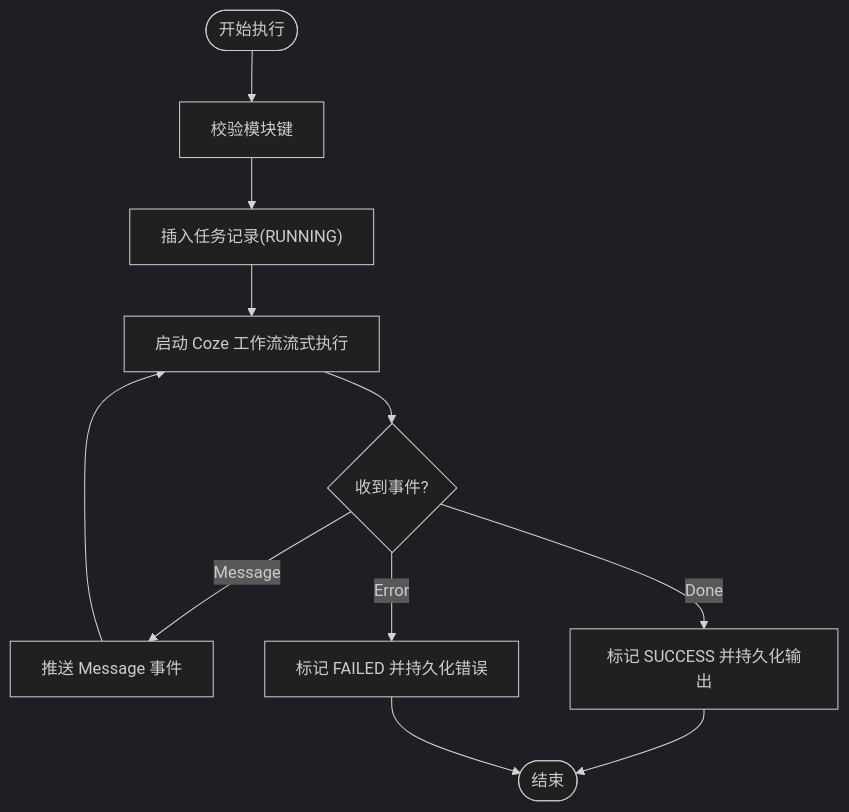
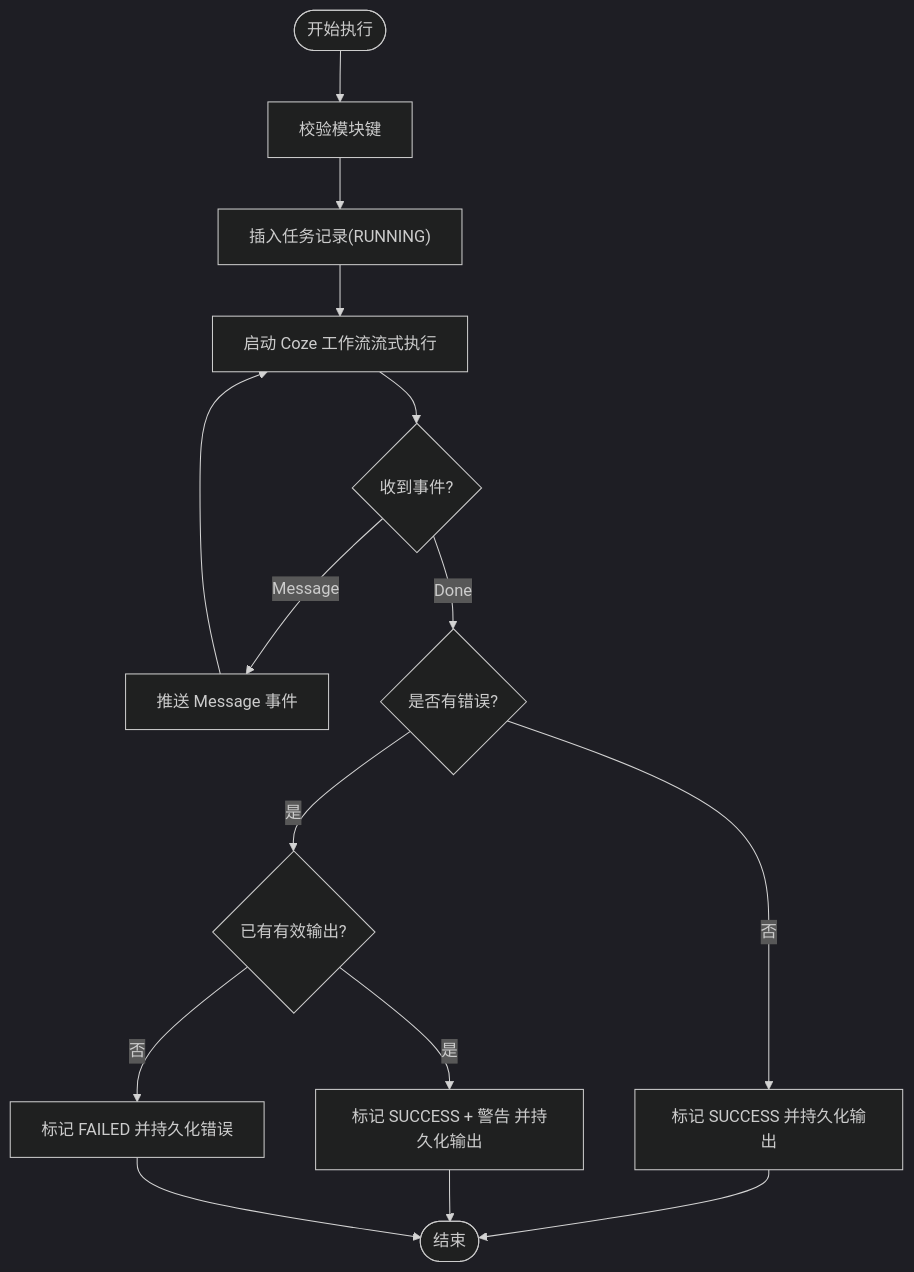
Before and after one commit to hanksd769-droid/sailshub: the third of 6 diagrams in .qoder/repowiki/zh/content/API 接口文档/工作流模块接口.md, drawn with Mermaid (dark theme). The commit also changed other lines of this file and 4 other files, not shown here.

````diff
--- a/.qoder/repowiki/zh/content/API 接口文档/工作流模块接口.md
+++ b/.qoder/repowiki/zh/content/API 接口文档/工作流模块接口.md
@@ -188,13 +192,17 @@
 ```mermaid
 flowchart TD
 Start(["开始执行"]) --> Validate["校验模块键"]
 Validate --> InsertRun["插入任务记录(RUNNING)"]
 InsertRun --> Stream["启动 Coze 工作流流式执行"]
 Stream --> OnMsg{"收到事件?"}
 OnMsg --> |Message| Push["推送 Message 事件"]
-OnMsg --> |Done| MarkSuccess["标记 SUCCESS 并持久化输出"]
-OnMsg --> |Error| MarkFailed["标记 FAILED 并持久化错误"]
+OnMsg --> |Done| CheckError{"是否有错误?"}
+CheckError --> |否| MarkSuccess["标记 SUCCESS 并持久化输出"]
+CheckError --> |是| HasOutput{"已有有效输出?"}
+HasOutput --> |是| MarkSuccessWarn["标记 SUCCESS + 警告 并持久化输出"]
+HasOutput --> |否| MarkFailed["标记 FAILED 并持久化错误"]
 Push --> Stream
 MarkSuccess --> Done(["结束"])
+MarkSuccessWarn --> Done
 MarkFailed --> Done
 ```
````
